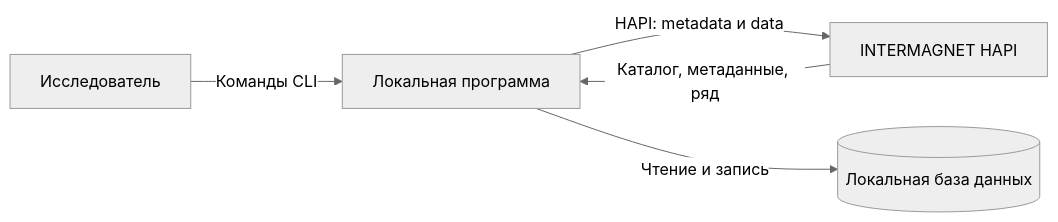
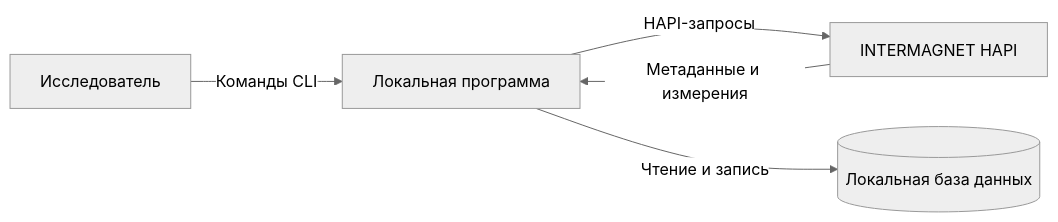
Before and after one commit to NaVi-4oK/team-amd: the first of 4 diagrams in docs/architecture.md, drawn with Mermaid (neutral theme). The commit also changed other lines of this file and 6 other files, not shown here.

````diff
--- a/docs/architecture.md
+++ b/docs/architecture.md
@@ -13,7 +25,7 @@
 ```mermaid
 flowchart LR
     user["Исследователь"] -->|"Команды CLI"| app["Локальная программа"]
-    app -->|"HAPI: metadata и data"| intermagnet["INTERMAGNET HAPI"]
-    intermagnet -->|"Каталог, метаданные, ряд"| app
+    app -->|"HAPI-запросы"| source["INTERMAGNET HAPI"]
+    source -->|"Метаданные и измерения"| app
     app -->|"Чтение и запись"| db[("Локальная база данных")]
 ```
````
